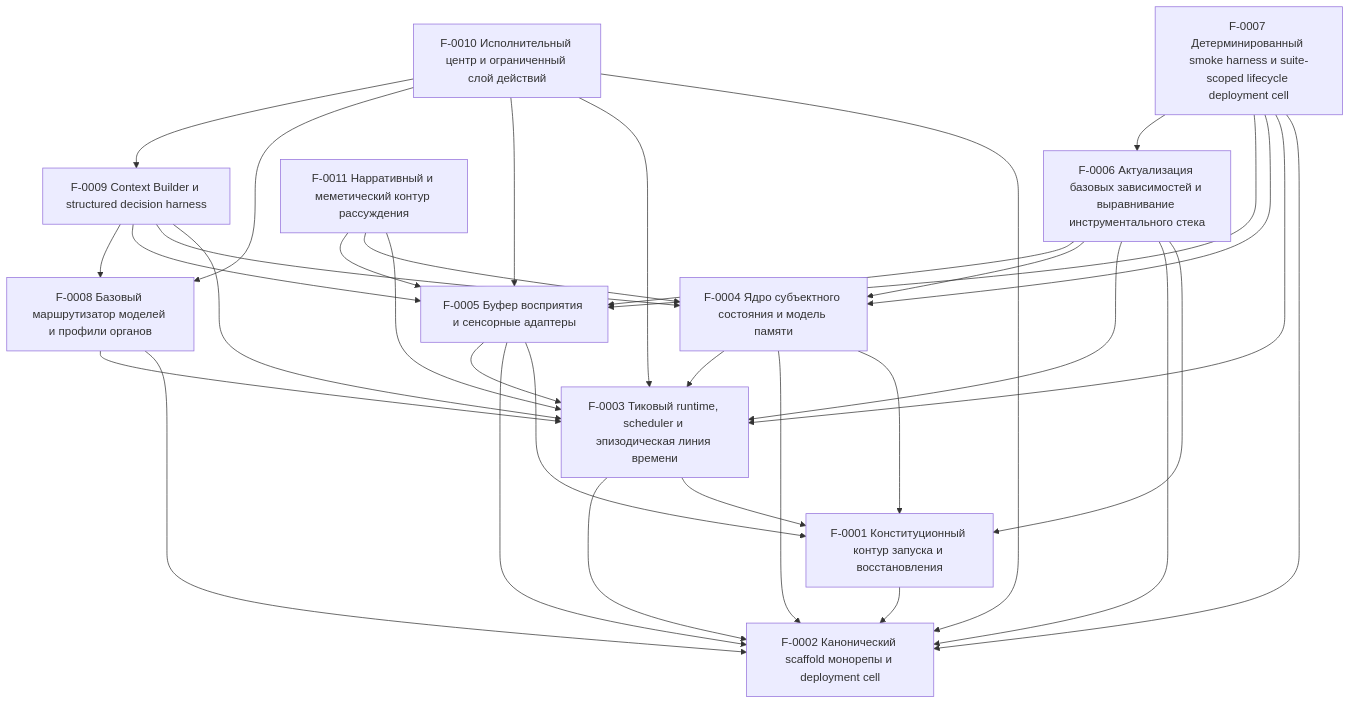
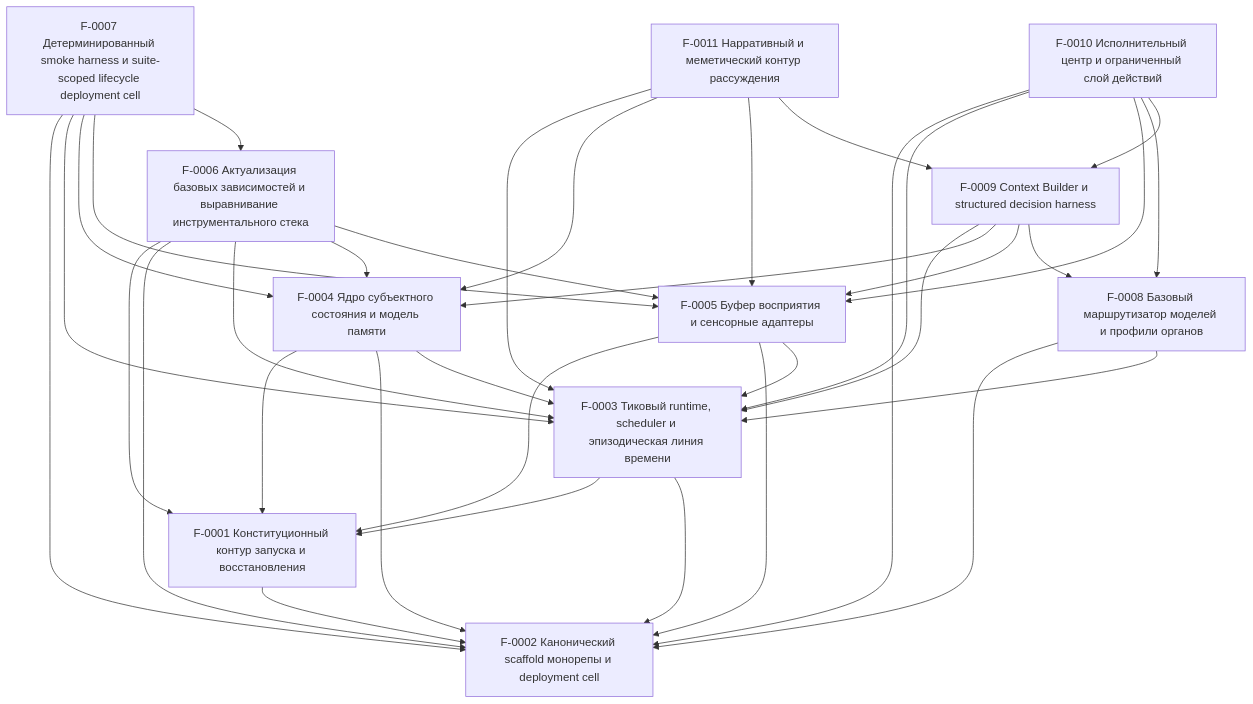
One commit to kostysh/yaagi changed the diagram in docs/ssot/index.md. Above: the diagram before and after it, drawn with Mermaid. The commit also changed other lines of this file and 22 other files, not shown here.

````diff
--- a/docs/ssot/index.md
+++ b/docs/ssot/index.md
@@ -29,47 +29,48 @@
 ```mermaid
 graph TD
   F0001["F-0001 Конституционный контур запуска и восстановления"]
   F0002["F-0002 Канонический scaffold монорепы и deployment cell"]
   F0003["F-0003 Тиковый runtime, scheduler и эпизодическая линия времени"]
   F0004["F-0004 Ядро субъектного состояния и модель памяти"]
   F0005["F-0005 Буфер восприятия и сенсорные адаптеры"]
   F0006["F-0006 Актуализация базовых зависимостей и выравнивание инструментального стека"]
   F0007["F-0007 Детерминированный smoke harness и suite-scoped lifecycle deployment cell"]
   F0008["F-0008 Базовый маршрутизатор моделей и профили органов"]
   F0009["F-0009 Context Builder и structured decision harness"]
   F0010["F-0010 Исполнительный центр и ограниченный слой действий"]
   F0011["F-0011 Нарративный и меметический контур рассуждения"]
   F0001 --> F0002
   F0003 --> F0001
   F0003 --> F0002
   F0004 --> F0001
   F0004 --> F0002
   F0004 --> F0003
   F0005 --> F0001
   F0005 --> F0002
   F0005 --> F0003
   F0006 --> F0001
   F0006 --> F0002
   F0006 --> F0003
   F0006 --> F0004
   F0006 --> F0005
   F0007 --> F0002
   F0007 --> F0003
   F0007 --> F0004
   F0007 --> F0005
   F0007 --> F0006
   F0008 --> F0002
   F0008 --> F0003
   F0009 --> F0003
   F0009 --> F0004
   F0009 --> F0005
   F0009 --> F0008
   F0010 --> F0002
   F0010 --> F0003
   F0010 --> F0005
   F0010 --> F0008
   F0010 --> F0009
   F0011 --> F0003
   F0011 --> F0004
   F0011 --> F0005
+  F0011 --> F0009
 ```
````
